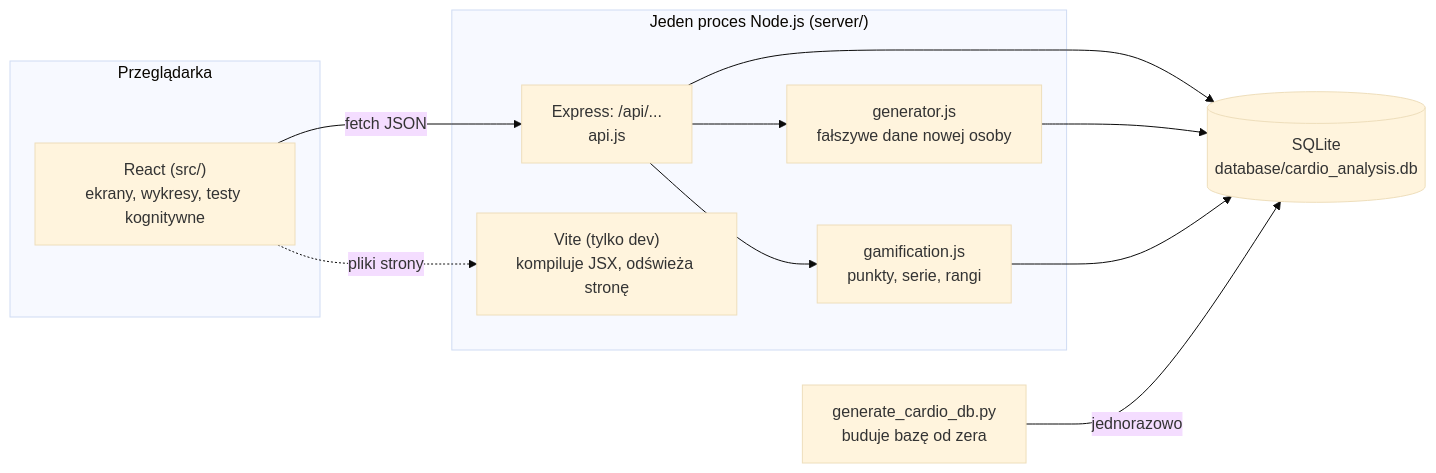
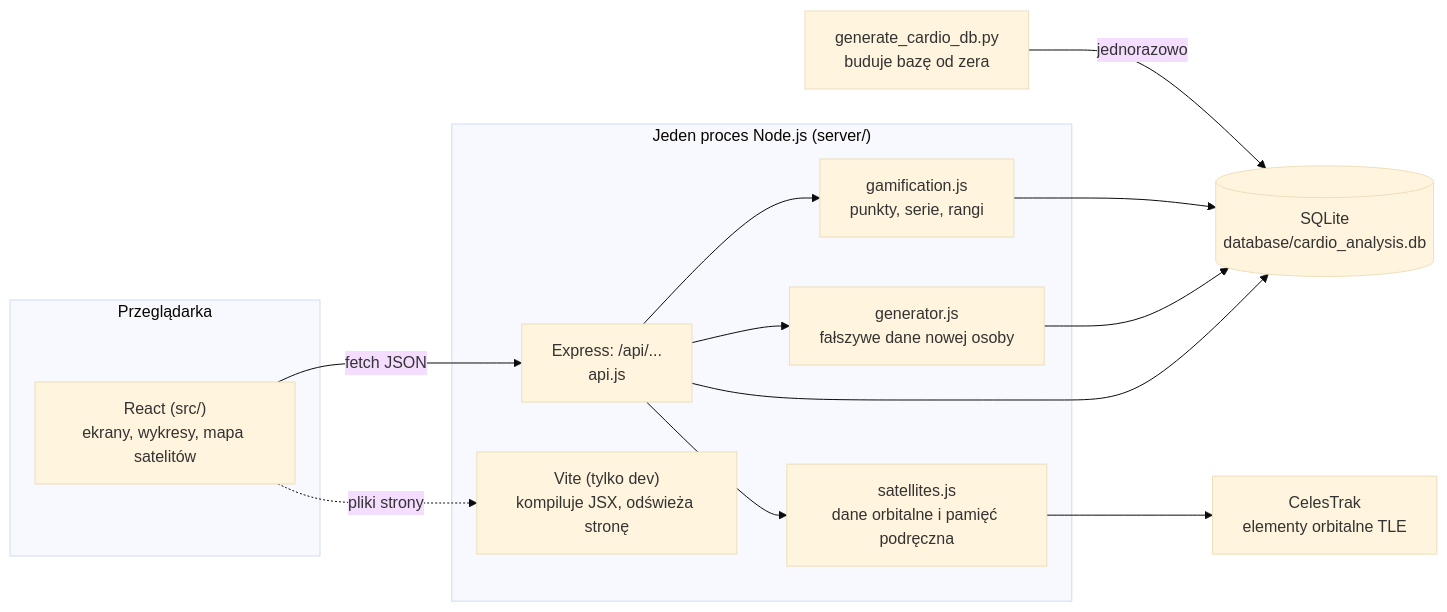
One commit to KacperModelu/HackatonHealthMonitoringSystem changed the first of 3 diagrams in README.md. Above: the diagram before and after it, drawn with Mermaid (base theme). The commit also changed other lines of this file and 13 other files, not shown here.

````diff
--- a/README.md
+++ b/README.md
@@ -85,23 +87,27 @@
 ```mermaid
 flowchart LR
     subgraph Przegladarka["Przeglądarka"]
-        UI["React (src/)<br/>ekrany, wykresy, testy kognitywne"]
+        UI["React (src/)<br/>ekrany, wykresy, mapa satelitów"]
     end
     subgraph Node["Jeden proces Node.js (server/)"]
         API["Express: /api/...<br/>api.js"]
         GEN["generator.js<br/>fałszywe dane nowej osoby"]
         GAM["gamification.js<br/>punkty, serie, rangi"]
+        SAT["satellites.js<br/>dane orbitalne i pamięć podręczna"]
         VITE["Vite (tylko dev)<br/>kompiluje JSX, odświeża stronę"]
     end
     DB[("SQLite<br/>database/cardio_analysis.db")]
     PY["generate_cardio_db.py<br/>buduje bazę od zera"]
+    CT["CelesTrak<br/>elementy orbitalne TLE"]
 
     UI -- "fetch JSON" --> API
     UI -. "pliki strony" .-> VITE
     API --> GEN
     API --> GAM
+    API --> SAT
+    SAT --> CT
     API --> DB
     GEN --> DB
     GAM --> DB
     PY -- "jednorazowo" --> DB
 ```
````
